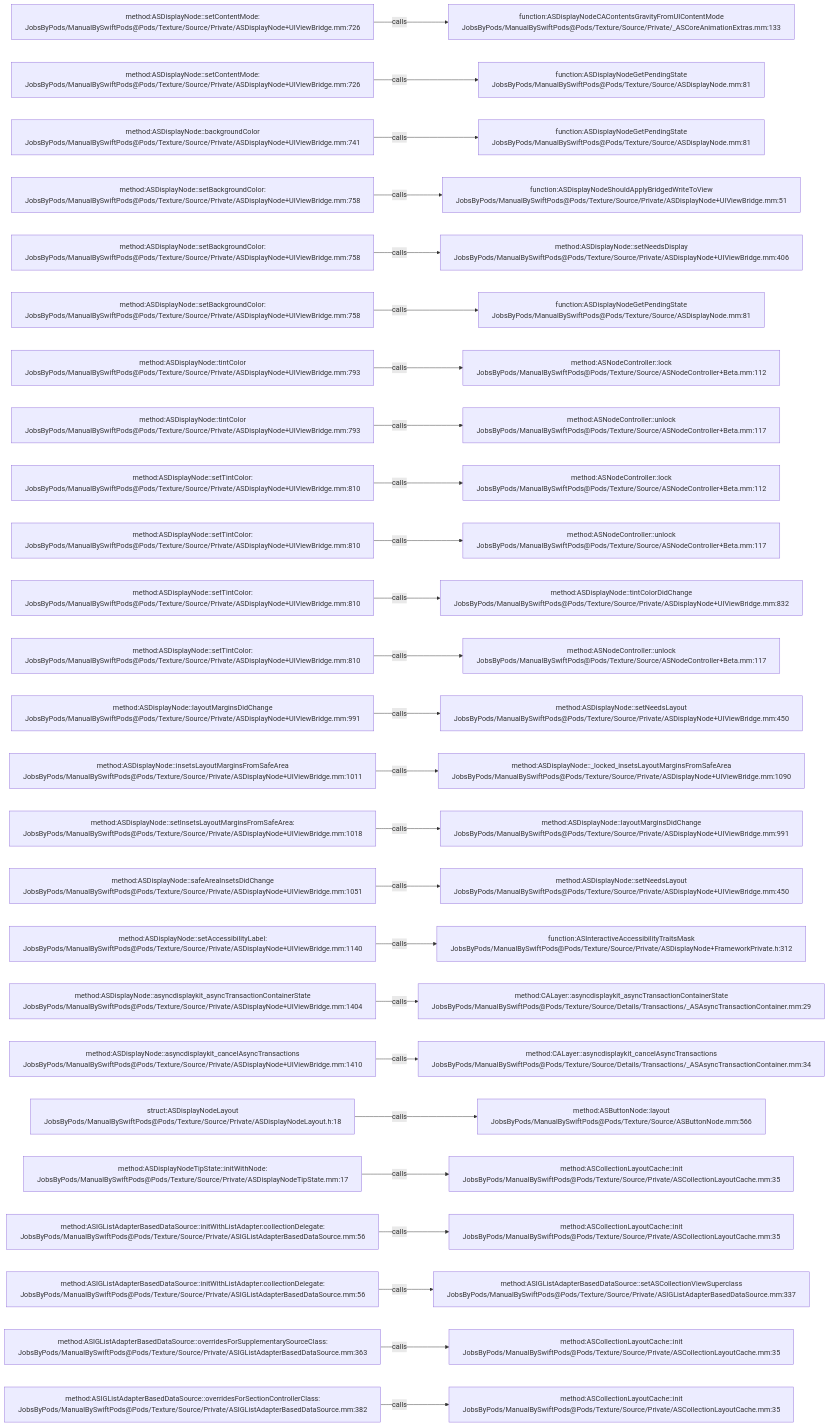
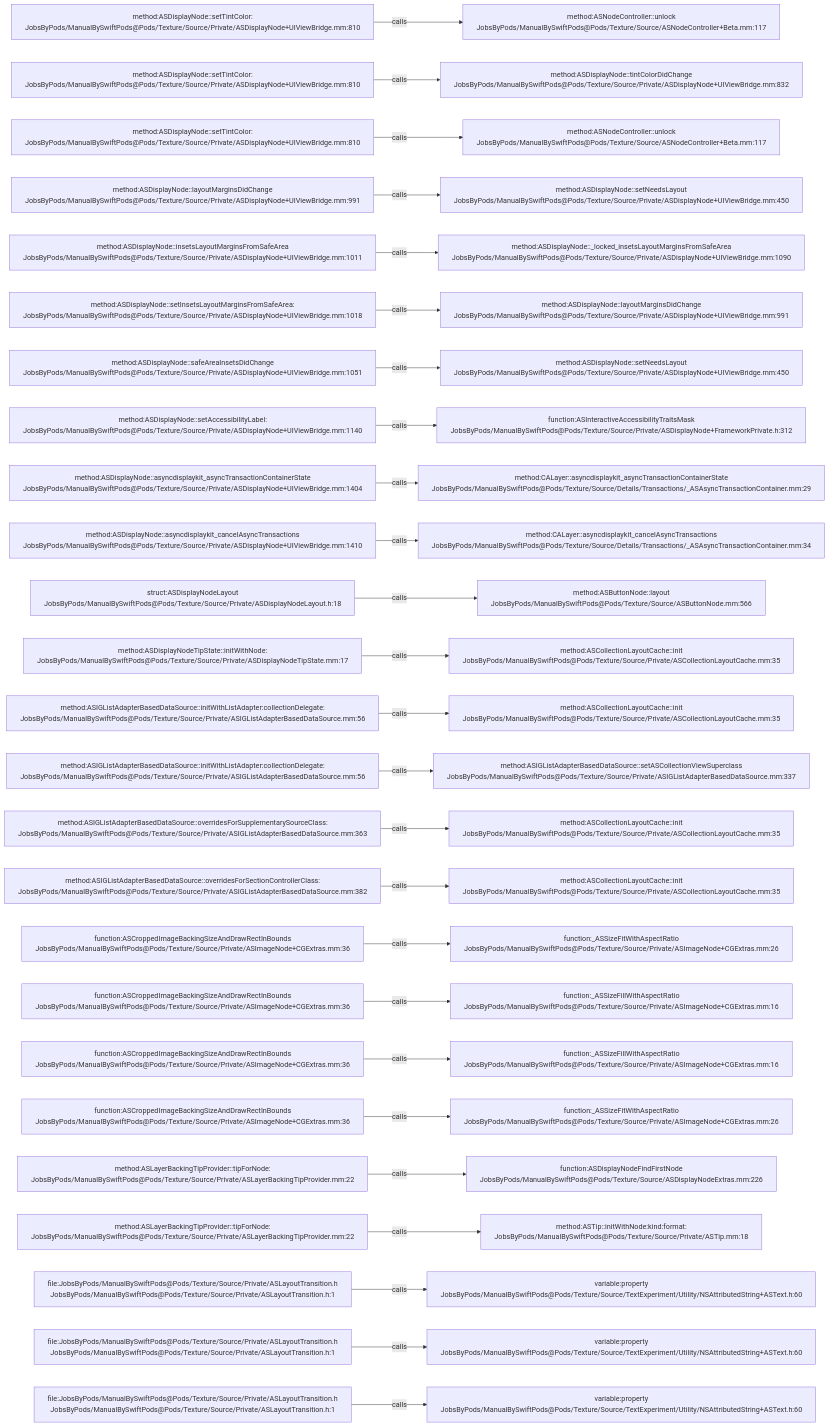
Before and after one commit to JobsKits/JobsSwiftBaseConfigDemo: the diagram in .codegraph/codegraph.md/graphs/calls-120.md, drawn with Mermaid. The commit also changed 707 other files, not shown here.

````diff
--- a/.codegraph/codegraph.md/graphs/calls-120.md
+++ b/.codegraph/codegraph.md/graphs/calls-120.md
@@ -13,78 +13,78 @@
 ```mermaid
 flowchart LR
-  S1["method:ASDisplayNode::setContentMode:<br/>JobsByPods/ManualBySwiftPods@Pods/Texture/Source/Private/ASDisplayNode+UIViewBridge.mm:726"]
-  T1["function:ASDisplayNodeCAContentsGravityFromUIContentMode<br/>JobsByPods/ManualBySwiftPods@Pods/Texture/Source/Private/_ASCoreAnimationExtras.mm:133"]
+  S1["method:ASDisplayNode::setTintColor:<br/>JobsByPods/ManualBySwiftPods@Pods/Texture/Source/Private/ASDisplayNode+UIViewBridge.mm:810"]
+  T1["method:ASNodeController::unlock<br/>JobsByPods/ManualBySwiftPods@Pods/Texture/Source/ASNodeController+Beta.mm:117"]
   S1 -->|calls| T1
-  S2["method:ASDisplayNode::setContentMode:<br/>JobsByPods/ManualBySwiftPods@Pods/Texture/Source/Private/ASDisplayNode+UIViewBridge.mm:726"]
-  T2["function:ASDisplayNodeGetPendingState<br/>JobsByPods/ManualBySwiftPods@Pods/Texture/Source/ASDisplayNode.mm:81"]
+  S2["method:ASDisplayNode::setTintColor:<br/>JobsByPods/ManualBySwiftPods@Pods/Texture/Source/Private/ASDisplayNode+UIViewBridge.mm:810"]
+  T2["method:ASDisplayNode::tintColorDidChange<br/>JobsByPods/ManualBySwiftPods@Pods/Texture/Source/Private/ASDisplayNode+UIViewBridge.mm:832"]
   S2 -->|calls| T2
-  S3["method:ASDisplayNode::backgroundColor<br/>JobsByPods/ManualBySwiftPods@Pods/Texture/Source/Private/ASDisplayNode+UIViewBridge.mm:741"]
-  T3["function:ASDisplayNodeGetPendingState<br/>JobsByPods/ManualBySwiftPods@Pods/Texture/Source/ASDisplayNode.mm:81"]
+  S3["method:ASDisplayNode::setTintColor:<br/>JobsByPods/ManualBySwiftPods@Pods/Texture/Source/Private/ASDisplayNode+UIViewBridge.mm:810"]
+  T3["method:ASNodeController::unlock<br/>JobsByPods/ManualBySwiftPods@Pods/Texture/Source/ASNodeController+Beta.mm:117"]
   S3 -->|calls| T3
-  S4["method:ASDisplayNode::setBackgroundColor:<br/>JobsByPods/ManualBySwiftPods@Pods/Texture/Source/Private/ASDisplayNode+UIViewBridge.mm:758"]
-  T4["function:ASDisplayNodeShouldApplyBridgedWriteToView<br/>JobsByPods/ManualBySwiftPods@Pods/Texture/Source/Private/ASDisplayNode+UIViewBridge.mm:51"]
+  S4["method:ASDisplayNode::layoutMarginsDidChange<br/>JobsByPods/ManualBySwiftPods@Pods/Texture/Source/Private/ASDisplayNode+UIViewBridge.mm:991"]
+  T4["method:ASDisplayNode::setNeedsLayout<br/>JobsByPods/ManualBySwiftPods@Pods/Texture/Source/Private/ASDisplayNode+UIViewBridge.mm:450"]
   S4 -->|calls| T4
-  S5["method:ASDisplayNode::setBackgroundColor:<br/>JobsByPods/ManualBySwiftPods@Pods/Texture/Source/Private/ASDisplayNode+UIViewBridge.mm:758"]
-  T5["method:ASDisplayNode::setNeedsDisplay<br/>JobsByPods/ManualBySwiftPods@Pods/Texture/Source/Private/ASDisplayNode+UIViewBridge.mm:406"]
+  S5["method:ASDisplayNode::insetsLayoutMarginsFromSafeArea<br/>JobsByPods/ManualBySwiftPods@Pods/Texture/Source/Private/ASDisplayNode+UIViewBridge.mm:1011"]
+  T5["method:ASDisplayNode::_locked_insetsLayoutMarginsFromSafeArea<br/>JobsByPods/ManualBySwiftPods@Pods/Texture/Source/Private/ASDisplayNode+UIViewBridge.mm:1090"]
   S5 -->|calls| T5
-  S6["method:ASDisplayNode::setBackgroundColor:<br/>JobsByPods/ManualBySwiftPods@Pods/Texture/Source/Private/ASDisplayNode+UIViewBridge.mm:758"]
-  T6["function:ASDisplayNodeGetPendingState<br/>JobsByPods/ManualBySwiftPods@Pods/Texture/Source/ASDisplayNode.mm:81"]
+  S6["method:ASDisplayNode::setInsetsLayoutMarginsFromSafeArea:<br/>JobsByPods/ManualBySwiftPods@Pods/Texture/Source/Private/ASDisplayNode+UIViewBridge.mm:1018"]
+  T6["method:ASDisplayNode::layoutMarginsDidChange<br/>JobsByPods/ManualBySwiftPods@Pods/Texture/Source/Private/ASDisplayNode+UIViewBridge.mm:991"]
   S6 -->|calls| T6
-  S7["method:ASDisplayNode::tintColor<br/>JobsByPods/ManualBySwiftPods@Pods/Texture/Source/Private/ASDisplayNode+UIViewBridge.mm:793"]
-  T7["method:ASNodeController::lock<br/>JobsByPods/ManualBySwiftPods@Pods/Texture/Source/ASNodeController+Beta.mm:112"]
+  S7["method:ASDisplayNode::safeAreaInsetsDidChange<br/>JobsByPods/ManualBySwiftPods@Pods/Texture/Source/Private/ASDisplayNode+UIViewBridge.mm:1051"]
+  T7["method:ASDisplayNode::setNeedsLayout<br/>JobsByPods/ManualBySwiftPods@Pods/Texture/Source/Private/ASDisplayNode+UIViewBridge.mm:450"]
   S7 -->|calls| T7
-  S8["method:ASDisplayNode::tintColor<br/>JobsByPods/ManualBySwiftPods@Pods/Texture/Source/Private/ASDisplayNode+UIViewBridge.mm:793"]
-  T8["method:ASNodeController::unlock<br/>JobsByPods/ManualBySwiftPods@Pods/Texture/Source/ASNodeController+Beta.mm:117"]
+  S8["method:ASDisplayNode::setAccessibilityLabel:<br/>JobsByPods/ManualBySwiftPods@Pods/Texture/Source/Private/ASDisplayNode+UIViewBridge.mm:1140"]
+  T8["function:ASInteractiveAccessibilityTraitsMask<br/>JobsByPods/ManualBySwiftPods@Pods/Texture/Source/Private/ASDisplayNode+FrameworkPrivate.h:312"]
   S8 -->|calls| T8
-  S9["method:ASDisplayNode::setTintColor:<br/>JobsByPods/ManualBySwiftPods@Pods/Texture/Source/Private/ASDisplayNode+UIViewBridge.mm:810"]
-  T9["method:ASNodeController::lock<br/>JobsByPods/ManualBySwiftPods@Pods/Texture/Source/ASNodeController+Beta.mm:112"]
+  S9["method:ASDisplayNode::asyncdisplaykit_asyncTransactionContainerState<br/>JobsByPods/ManualBySwiftPods@Pods/Texture/Source/Private/ASDisplayNode+UIViewBridge.mm:1404"]
+  T9["method:CALayer::asyncdisplaykit_asyncTransactionContainerState<br/>JobsByPods/ManualBySwiftPods@Pods/Texture/Source/Details/Transactions/_ASAsyncTransactionContainer.mm:29"]
   S9 -->|calls| T9
-  S10["method:ASDisplayNode::setTintColor:<br/>JobsByPods/ManualBySwiftPods@Pods/Texture/Source/Private/ASDisplayNode+UIViewBridge.mm:810"]
-  T10["method:ASNodeController::unlock<br/>JobsByPods/ManualBySwiftPods@Pods/Texture/Source/ASNodeController+Beta.mm:117"]
+  S10["method:ASDisplayNode::asyncdisplaykit_cancelAsyncTransactions<br/>JobsByPods/ManualBySwiftPods@Pods/Texture/Source/Private/ASDisplayNode+UIViewBridge.mm:1410"]
+  T10["method:CALayer::asyncdisplaykit_cancelAsyncTransactions<br/>JobsByPods/ManualBySwiftPods@Pods/Texture/Source/Details/Transactions/_ASAsyncTransactionContainer.mm:34"]
   S10 -->|calls| T10
-  S11["method:ASDisplayNode::setTintColor:<br/>JobsByPods/ManualBySwiftPods@Pods/Texture/Source/Private/ASDisplayNode+UIViewBridge.mm:810"]
-  T11["method:ASDisplayNode::tintColorDidChange<br/>JobsByPods/ManualBySwiftPods@Pods/Texture/Source/Private/ASDisplayNode+UIViewBridge.mm:832"]
+  S11["struct:ASDisplayNodeLayout<br/>JobsByPods/ManualBySwiftPods@Pods/Texture/Source/Private/ASDisplayNodeLayout.h:18"]
+  T11["method:ASButtonNode::layout<br/>JobsByPods/ManualBySwiftPods@Pods/Texture/Source/ASButtonNode.mm:566"]
   S11 -->|calls| T11
-  S12["method:ASDisplayNode::setTintColor:<br/>JobsByPods/ManualBySwiftPods@Pods/Texture/Source/Private/ASDisplayNode+UIViewBridge.mm:810"]
-  T12["method:ASNodeController::unlock<br/>JobsByPods/ManualBySwiftPods@Pods/Texture/Source/ASNodeController+Beta.mm:117"]
+  S12["method:ASDisplayNodeTipState::initWithNode:<br/>JobsByPods/ManualBySwiftPods@Pods/Texture/Source/Private/ASDisplayNodeTipState.mm:17"]
+  T12["method:ASCollectionLayoutCache::init<br/>JobsByPods/ManualBySwiftPods@Pods/Texture/Source/Private/ASCollectionLayoutCache.mm:35"]
   S12 -->|calls| T12
-  S13["method:ASDisplayNode::layoutMarginsDidChange<br/>JobsByPods/ManualBySwiftPods@Pods/Texture/Source/Private/ASDisplayNode+UIViewBridge.mm:991"]
-  T13["method:ASDisplayNode::setNeedsLayout<br/>JobsByPods/ManualBySwiftPods@Pods/Texture/Source/Private/ASDisplayNode+UIViewBridge.mm:450"]
+  S13["method:ASIGListAdapterBasedDataSource::initWithListAdapter:collectionDelegate:<br/>JobsByPods/ManualBySwiftPods@Pods/Texture/Source/Private/ASIGListAdapterBasedDataSource.mm:56"]
+  T13["method:ASCollectionLayoutCache::init<br/>JobsByPods/ManualBySwiftPods@Pods/Texture/Source/Private/ASCollectionLayoutCache.mm:35"]
   S13 -->|calls| T13
-  S14["method:ASDisplayNode::insetsLayoutMarginsFromSafeArea<br/>JobsByPods/ManualBySwiftPods@Pods/Texture/Source/Private/ASDisplayNode+UIViewBridge.mm:1011"]
-  T14["method:ASDisplayNode::_locked_insetsLayoutMarginsFromSafeArea<br/>JobsByPods/ManualBySwiftPods@Pods/Texture/Source/Private/ASDisplayNode+UIViewBridge.mm:1090"]
+  S14["method:ASIGListAdapterBasedDataSource::initWithListAdapter:collectionDelegate:<br/>JobsByPods/ManualBySwiftPods@Pods/Texture/Source/Private/ASIGListAdapterBasedDataSource.mm:56"]
+  T14["method:ASIGListAdapterBasedDataSource::setASCollectionViewSuperclass<br/>JobsByPods/ManualBySwiftPods@Pods/Texture/Source/Private/ASIGListAdapterBasedDataSource.mm:337"]
   S14 -->|calls| T14
-  S15["method:ASDisplayNode::setInsetsLayoutMarginsFromSafeArea:<br/>JobsByPods/ManualBySwiftPods@Pods/Texture/Source/Private/ASDisplayNode+UIViewBridge.mm:1018"]
-  T15["method:ASDisplayNode::layoutMarginsDidChange<br/>JobsByPods/ManualBySwiftPods@Pods/Texture/Source/Private/ASDisplayNode+UIViewBridge.mm:991"]
+  S15["method:ASIGListAdapterBasedDataSource::overridesForSupplementarySourceClass:<br/>JobsByPods/ManualBySwiftPods@Pods/Texture/Source/Private/ASIGListAdapterBasedDataSource.mm:363"]
+  T15["method:ASCollectionLayoutCache::init<br/>JobsByPods/ManualBySwiftPods@Pods/Texture/Source/Private/ASCollectionLayoutCache.mm:35"]
   S15 -->|calls| T15
-  S16["method:ASDisplayNode::safeAreaInsetsDidChange<br/>JobsByPods/ManualBySwiftPods@Pods/Texture/Source/Private/ASDisplayNode+UIViewBridge.mm:1051"]
-  T16["method:ASDisplayNode::setNeedsLayout<br/>JobsByPods/ManualBySwiftPods@Pods/Texture/Source/Private/ASDisplayNode+UIViewBridge.mm:450"]
+  S16["method:ASIGListAdapterBasedDataSource::overridesForSectionControllerClass:<br/>JobsByPods/ManualBySwiftPods@Pods/Texture/Source/Private/ASIGListAdapterBasedDataSource.mm:382"]
+  T16["method:ASCollectionLayoutCache::init<br/>JobsByPods/ManualBySwiftPods@Pods/Texture/Source/Private/ASCollectionLayoutCache.mm:35"]
   S16 -->|calls| T16
-  S17["method:ASDisplayNode::setAccessibilityLabel:<br/>JobsByPods/ManualBySwiftPods@Pods/Texture/Source/Private/ASDisplayNode+UIViewBridge.mm:1140"]
-  T17["function:ASInteractiveAccessibilityTraitsMask<br/>JobsByPods/ManualBySwiftPods@Pods/Texture/Source/Private/ASDisplayNode+FrameworkPrivate.h:312"]
+  S17["function:ASCroppedImageBackingSizeAndDrawRectInBounds<br/>JobsByPods/ManualBySwiftPods@Pods/Texture/Source/Private/ASImageNode+CGExtras.mm:36"]
+  T17["function:_ASSizeFitWithAspectRatio<br/>JobsByPods/ManualBySwiftPods@Pods/Texture/Source/Private/ASImageNode+CGExtras.mm:26"]
   S17 -->|calls| T17
-  S18["method:ASDisplayNode::asyncdisplaykit_asyncTransactionContainerState<br/>JobsByPods/ManualBySwiftPods@Pods/Texture/Source/Private/ASDisplayNode+UIViewBridge.mm:1404"]
-  T18["method:CALayer::asyncdisplaykit_asyncTransactionContainerState<br/>JobsByPods/ManualBySwiftPods@Pods/Texture/Source/Details/Transactions/_ASAsyncTransactionContainer.mm:29"]
+  S18["function:ASCroppedImageBackingSizeAndDrawRectInBounds<br/>JobsByPods/ManualBySwiftPods@Pods/Texture/Source/Private/ASImageNode+CGExtras.mm:36"]
+  T18["function:_ASSizeFillWithAspectRatio<br/>JobsByPods/ManualBySwiftPods@Pods/Texture/Source/Private/ASImageNode+CGExtras.mm:16"]
   S18 -->|calls| T18
-  S19["method:ASDisplayNode::asyncdisplaykit_cancelAsyncTransactions<br/>JobsByPods/ManualBySwiftPods@Pods/Texture/Source/Private/ASDisplayNode+UIViewBridge.mm:1410"]
-  T19["method:CALayer::asyncdisplaykit_cancelAsyncTransactions<br/>JobsByPods/ManualBySwiftPods@Pods/Texture/Source/Details/Transactions/_ASAsyncTransactionContainer.mm:34"]
+  S19["function:ASCroppedImageBackingSizeAndDrawRectInBounds<br/>JobsByPods/ManualBySwiftPods@Pods/Texture/Source/Private/ASImageNode+CGExtras.mm:36"]
+  T19["function:_ASSizeFillWithAspectRatio<br/>JobsByPods/ManualBySwiftPods@Pods/Texture/Source/Private/ASImageNode+CGExtras.mm:16"]
   S19 -->|calls| T19
-  S20["struct:ASDisplayNodeLayout<br/>JobsByPods/ManualBySwiftPods@Pods/Texture/Source/Private/ASDisplayNodeLayout.h:18"]
-  T20["method:ASButtonNode::layout<br/>JobsByPods/ManualBySwiftPods@Pods/Texture/Source/ASButtonNode.mm:566"]
+  S20["function:ASCroppedImageBackingSizeAndDrawRectInBounds<br/>JobsByPods/ManualBySwiftPods@Pods/Texture/Source/Private/ASImageNode+CGExtras.mm:36"]
+  T20["function:_ASSizeFitWithAspectRatio<br/>JobsByPods/ManualBySwiftPods@Pods/Texture/Source/Private/ASImageNode+CGExtras.mm:26"]
   S20 -->|calls| T20
-  S21["method:ASDisplayNodeTipState::initWithNode:<br/>JobsByPods/ManualBySwiftPods@Pods/Texture/Source/Private/ASDisplayNodeTipState.mm:17"]
-  T21["method:ASCollectionLayoutCache::init<br/>JobsByPods/ManualBySwiftPods@Pods/Texture/Source/Private/ASCollectionLayoutCache.mm:35"]
+  S21["method:ASLayerBackingTipProvider::tipForNode:<br/>JobsByPods/ManualBySwiftPods@Pods/Texture/Source/Private/ASLayerBackingTipProvider.mm:22"]
+  T21["function:ASDisplayNodeFindFirstNode<br/>JobsByPods/ManualBySwiftPods@Pods/Texture/Source/ASDisplayNodeExtras.mm:226"]
   S21 -->|calls| T21
-  S22["method:ASIGListAdapterBasedDataSource::initWithListAdapter:collectionDelegate:<br/>JobsByPods/ManualBySwiftPods@Pods/Texture/Source/Private/ASIGListAdapterBasedDataSource.mm:56"]
-  T22["method:ASCollectionLayoutCache::init<br/>JobsByPods/ManualBySwiftPods@Pods/Texture/Source/Private/ASCollectionLayoutCache.mm:35"]
+  S22["method:ASLayerBackingTipProvider::tipForNode:<br/>JobsByPods/ManualBySwiftPods@Pods/Texture/Source/Private/ASLayerBackingTipProvider.mm:22"]
+  T22["method:ASTip::initWithNode:kind:format:<br/>JobsByPods/ManualBySwiftPods@Pods/Texture/Source/Private/ASTip.mm:18"]
   S22 -->|calls| T22
-  S23["method:ASIGListAdapterBasedDataSource::initWithListAdapter:collectionDelegate:<br/>JobsByPods/ManualBySwiftPods@Pods/Texture/Source/Private/ASIGListAdapterBasedDataSource.mm:56"]
-  T23["method:ASIGListAdapterBasedDataSource::setASCollectionViewSuperclass<br/>JobsByPods/ManualBySwiftPods@Pods/Texture/Source/Private/ASIGListAdapterBasedDataSource.mm:337"]
+  S23["file:JobsByPods/ManualBySwiftPods@Pods/Texture/Source/Private/ASLayoutTransition.h<br/>JobsByPods/ManualBySwiftPods@Pods/Texture/Source/Private/ASLayoutTransition.h:1"]
+  T23["variable:property<br/>JobsByPods/ManualBySwiftPods@Pods/Texture/Source/TextExperiment/Utility/NSAttributedString+ASText.h:60"]
   S23 -->|calls| T23
-  S24["method:ASIGListAdapterBasedDataSource::overridesForSupplementarySourceClass:<br/>JobsByPods/ManualBySwiftPods@Pods/Texture/Source/Private/ASIGListAdapterBasedDataSource.mm:363"]
-  T24["method:ASCollectionLayoutCache::init<br/>JobsByPods/ManualBySwiftPods@Pods/Texture/Source/Private/ASCollectionLayoutCache.mm:35"]
+  S24["file:JobsByPods/ManualBySwiftPods@Pods/Texture/Source/Private/ASLayoutTransition.h<br/>JobsByPods/ManualBySwiftPods@Pods/Texture/Source/Private/ASLayoutTransition.h:1"]
+  T24["variable:property<br/>JobsByPods/ManualBySwiftPods@Pods/Texture/Source/TextExperiment/Utility/NSAttributedString+ASText.h:60"]
   S24 -->|calls| T24
-  S25["method:ASIGListAdapterBasedDataSource::overridesForSectionControllerClass:<br/>JobsByPods/ManualBySwiftPods@Pods/Texture/Source/Private/ASIGListAdapterBasedDataSource.mm:382"]
-  T25["method:ASCollectionLayoutCache::init<br/>JobsByPods/ManualBySwiftPods@Pods/Texture/Source/Private/ASCollectionLayoutCache.mm:35"]
+  S25["file:JobsByPods/ManualBySwiftPods@Pods/Texture/Source/Private/ASLayoutTransition.h<br/>JobsByPods/ManualBySwiftPods@Pods/Texture/Source/Private/ASLayoutTransition.h:1"]
+  T25["variable:property<br/>JobsByPods/ManualBySwiftPods@Pods/Texture/Source/TextExperiment/Utility/NSAttributedString+ASText.h:60"]
   S25 -->|calls| T25
 ```
````
